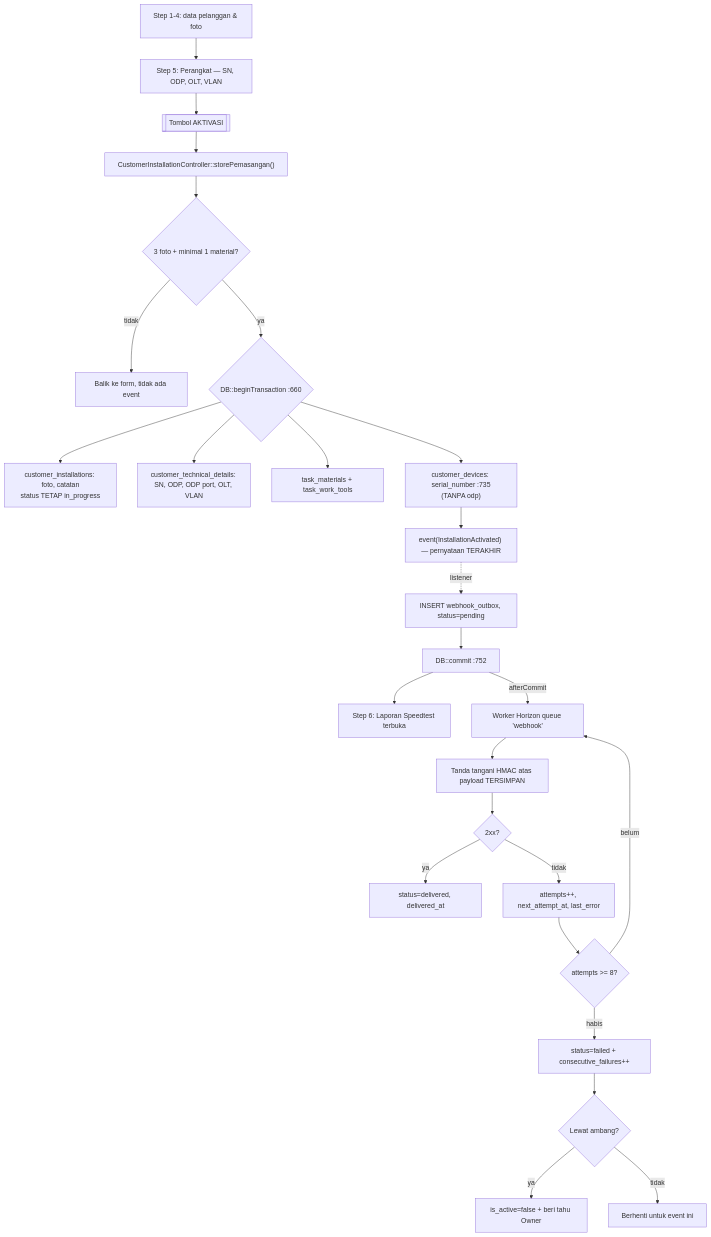
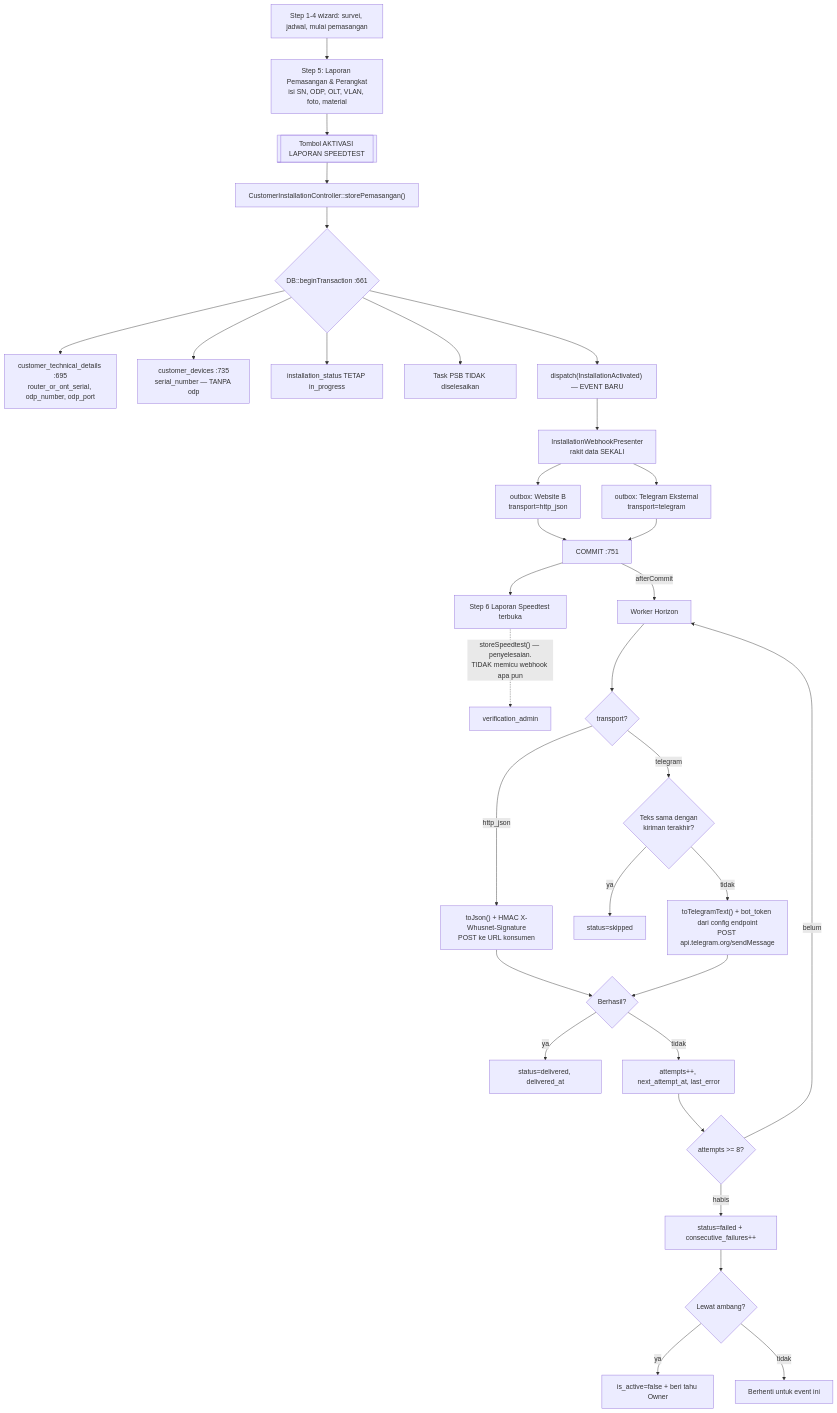
One commit to YofhiFauda/whusnet-operasional changed the first of 6 diagrams in docs/api/flowchart.md. Above: the diagram before and after it, drawn with Mermaid. The commit also changed other lines of this file and 9 other files, not shown here.

First line of the commit message:
docs(api): pembaruan dokumen rancangan api eksternal & penyempurnaan alur wizard pemasangan (ADHOC-40 & ADHOC-41)

````diff
--- a/docs/api/flowchart.md
+++ b/docs/api/flowchart.md
@@ -9,29 +5,37 @@
 ```mermaid
 flowchart TD
-    W1[Step 1-4: data pelanggan & foto] --> W5[Step 5: Perangkat — SN, ODP, OLT, VLAN]
-    W5 --> BTN[["Tombol AKTIVASI"]]
-    BTN --> A["CustomerInstallationController::storePemasangan()"]
-    A --> GATE{3 foto + minimal 1 material?}
-    GATE -->|tidak| ERR[Balik ke form, tidak ada event]
-    GATE -->|ya| TX{"DB::beginTransaction :660"}
-    TX --> D[customer_installations: foto, catatan<br/>status TETAP in_progress]
-    TX --> E[customer_technical_details: SN, ODP, ODP port, OLT, VLAN]
-    TX --> F[task_materials + task_work_tools]
-    TX --> G["customer_devices: serial_number :735<br/>(TANPA odp)"]
-    G --> EV["event(InstallationActivated) — pernyataan TERAKHIR"]
-    EV -.->|listener| H[INSERT webhook_outbox, status=pending]
-    H --> Q["DB::commit :752"]
-    Q --> W6[Step 6: Laporan Speedtest terbuka]
+    A1[Step 1-4 wizard: survei, jadwal, mulai pemasangan] --> A2[Step 5: Laporan Pemasangan & Perangkat<br/>isi SN, ODP, OLT, VLAN, foto, material]
+    A2 --> A[["Tombol AKTIVASI LAPORAN SPEEDTEST"]]
+    A --> B["CustomerInstallationController::storePemasangan()"]
+    B --> K{"DB::beginTransaction :661"}
+    K --> L["customer_technical_details :695<br/>router_or_ont_serial, odp_number, odp_port"]
+    K --> M["customer_devices :735<br/>serial_number — TANPA odp"]
+    K --> N[installation_status TETAP in_progress]
+    K --> O[Task PSB TIDAK diselesaikan]
+    K --> P["dispatch(InstallationActivated) — EVENT BARU"]
+    P --> PR[InstallationWebhookPresenter<br/>rakit data SEKALI]
+    PR --> H1[outbox: Website B<br/>transport=http_json]
+    PR --> H2[outbox: Telegram Eksternal<br/>transport=telegram]
 
-    Q -->|afterCommit| R[Worker Horizon queue 'webhook']
-    R --> S[Tanda tangani HMAC atas payload TERSIMPAN]
-    S --> T{2xx?}
+    H1 --> Q["COMMIT :751"]
+    H2 --> Q
+    Q --> Q2[Step 6 Laporan Speedtest terbuka]
+    Q2 -.->|"storeSpeedtest() — penyelesaian.<br/>TIDAK memicu webhook apa pun"| Q3[verification_admin]
+
+    Q -->|afterCommit| R[Worker Horizon]
+    R --> R1{transport?}
+    R1 -->|http_json| S1["toJson() + HMAC X-Whusnet-Signature<br/>POST ke URL konsumen"]
+    R1 -->|telegram| S0{Teks sama dengan<br/>kiriman terakhir?}
+    S0 -->|ya| SK[status=skipped]
+    S0 -->|tidak| S2["toTelegramText() + bot_token dari config endpoint<br/>POST api.telegram.org/sendMessage"]
+    S1 --> T{Berhasil?}
+    S2 --> T
     T -->|ya| U[status=delivered, delivered_at]
     T -->|tidak| V[attempts++, next_attempt_at, last_error]
-    V --> X{attempts >= 8?}
-    X -->|belum| R
-    X -->|habis| Y[status=failed + consecutive_failures++]
-    Y --> Z{Lewat ambang?}
-    Z -->|ya| Z1[is_active=false + beri tahu Owner]
-    Z -->|tidak| Z2[Berhenti untuk event ini]
+    V --> W{attempts >= 8?}
+    W -->|belum| R
+    W -->|habis| X[status=failed + consecutive_failures++]
+    X --> Y{Lewat ambang?}
+    Y -->|ya| Z[is_active=false + beri tahu Owner]
+    Y -->|tidak| AA[Berhenti untuk event ini]
 ```
````
